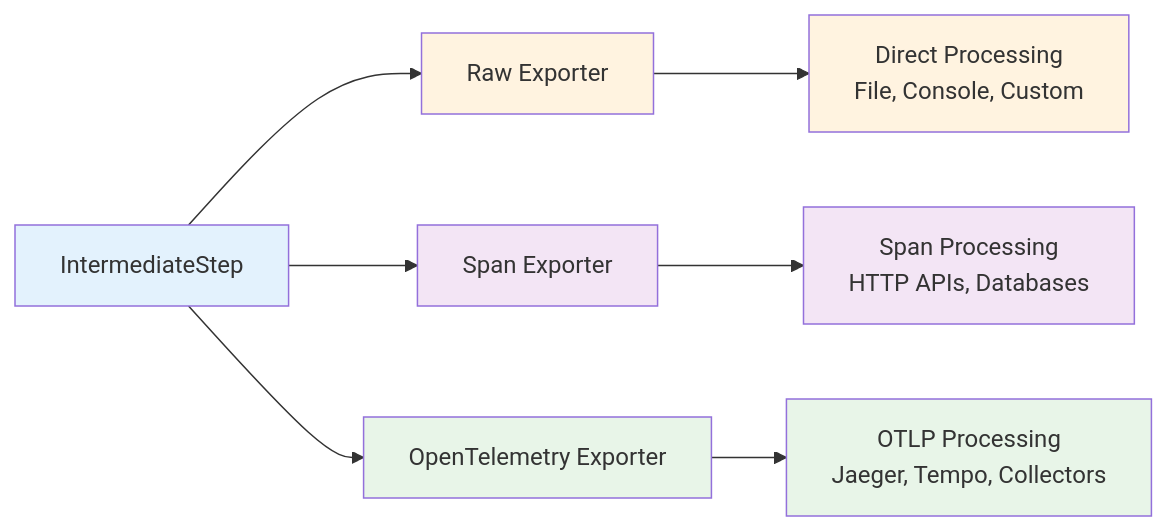
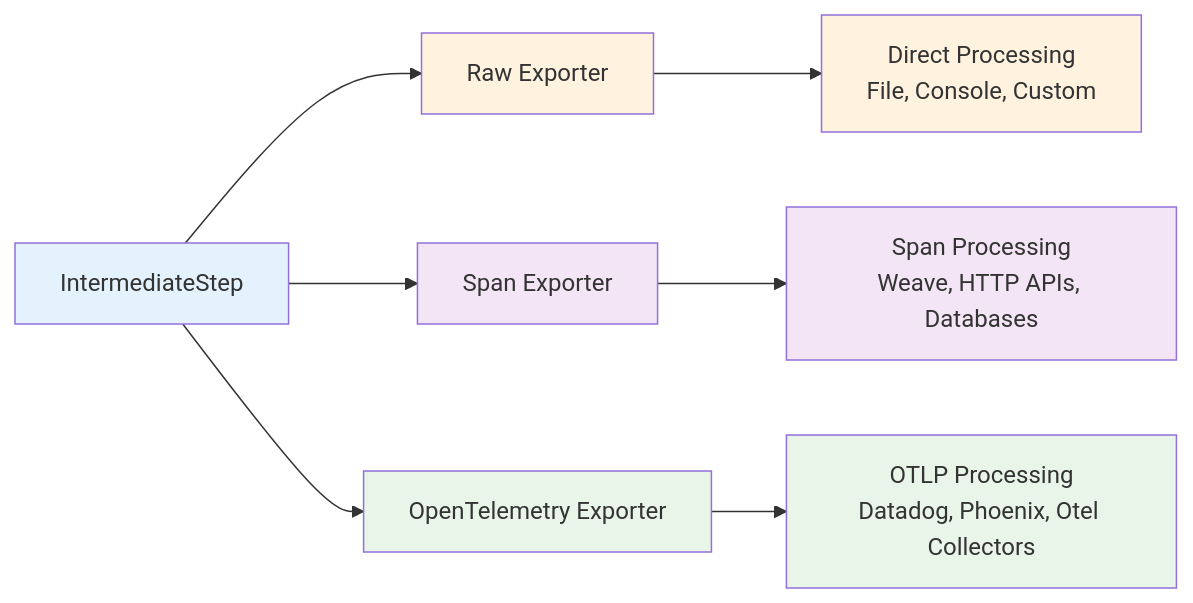
The second of 2 diagrams in docs/source/extend/telemetry-exporters.md (siningsun/nvidia-hackathon-2025-caixin-email-backend), drawn with Mermaid before and after one commit. The commit also changed other lines of this file and 4 other files, not shown here.

````diff
--- a/docs/source/extend/telemetry-exporters.md
+++ b/docs/source/extend/telemetry-exporters.md
@@ -178,18 +181,18 @@
 ```{mermaid}
 graph LR
     A["IntermediateStep"] --> B["Raw Exporter"]
     A --> C["Span Exporter"]
     A --> D["OpenTelemetry Exporter"]
 
     B --> E["Direct Processing<br/>File, Console, Custom"]
-    C --> F["Span Processing<br/>HTTP APIs, Databases"]
-    D --> G["OTLP Processing<br/>Jaeger, Tempo, Collectors"]
+    C --> F["Span Processing<br/>Weave, HTTP APIs, Databases"]
+    D --> G["OTLP Processing<br/>Datadog, Phoenix, Otel Collectors"]
 
     style A fill:#e3f2fd
     style B fill:#fff3e0
     style C fill:#f3e5f5
     style D fill:#e8f5e8
     style E fill:#fff3e0
     style F fill:#f3e5f5
     style G fill:#e8f5e8
 ```
````
